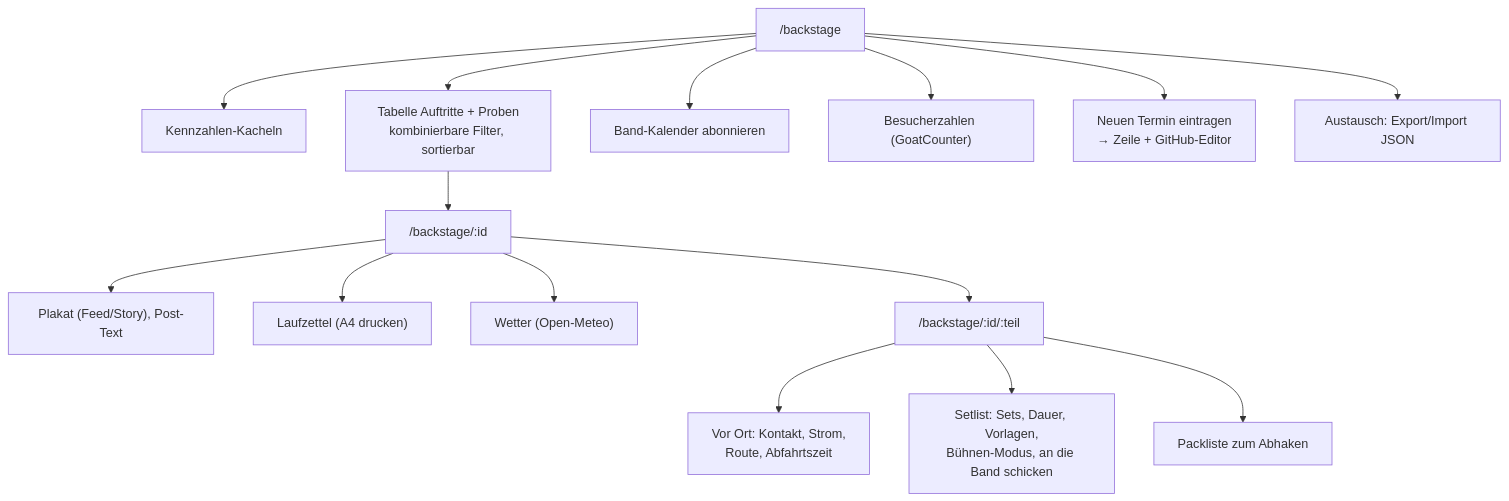
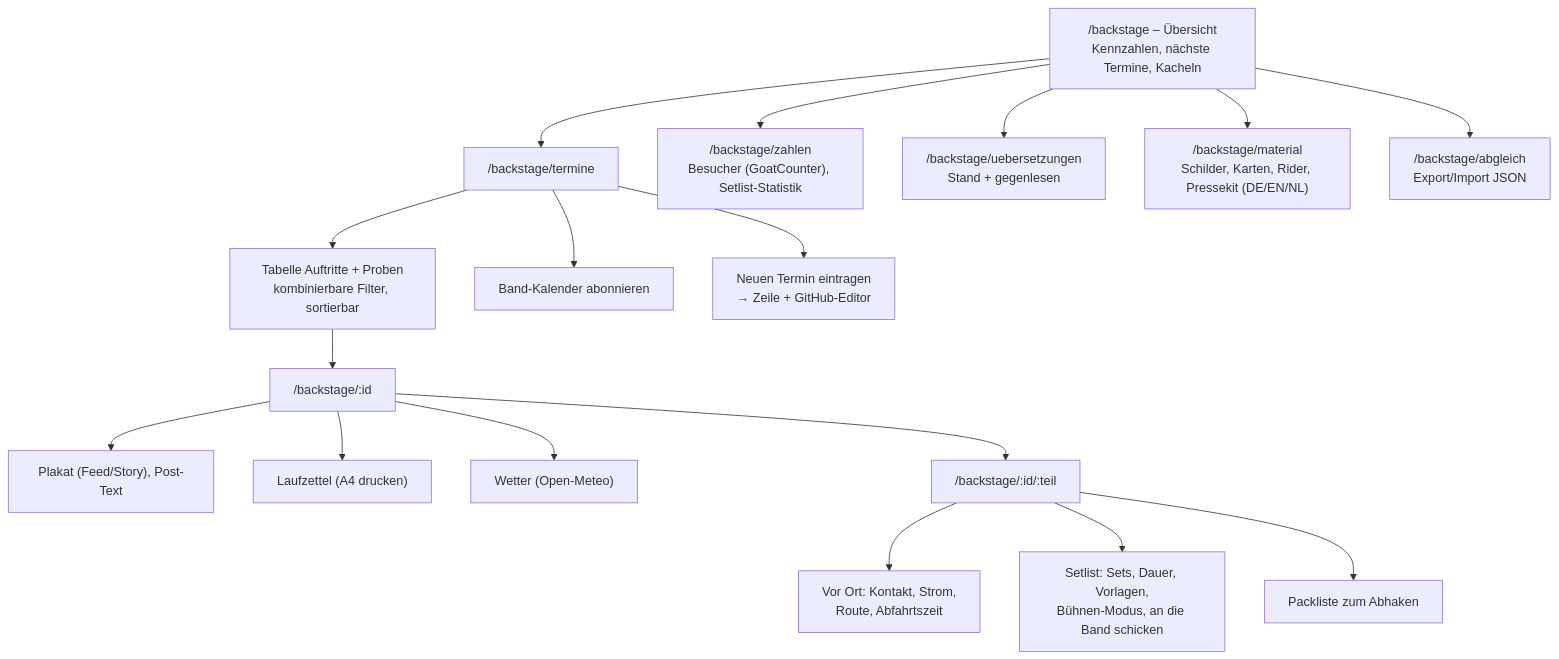
The ninth of 14 diagrams in ARCHITECTURE.md (Jan-Frederic/Blickfeld-Nord), drawn with Mermaid before and after one commit. The commit also changed 17 other files, not shown here.

````diff
--- a/ARCHITECTURE.md
+++ b/ARCHITECTURE.md
@@ -341,18 +341,20 @@
 ```mermaid
 flowchart TB
-  BS["/backstage"] --> ST["Kennzahlen-Kacheln"]
-  BS --> TAB["Tabelle Auftritte + Proben<br/>kombinierbare Filter, sortierbar"]
-  BS --> ABO["Band-Kalender abonnieren"]
-  BS --> VIS["Besucherzahlen (GoatCounter)"]
-  BS --> NEU["Neuen Termin eintragen<br/>→ Zeile + GitHub-Editor"]
-  BS --> SYNC["Austausch: Export/Import JSON"]
+  BS["/backstage – Übersicht<br/>Kennzahlen, nächste Termine, Kacheln"] --> TER["/backstage/termine"]
+  BS --> ZA["/backstage/zahlen<br/>Besucher (GoatCounter), Setlist-Statistik"]
+  BS --> UE["/backstage/uebersetzungen<br/>Stand + gegenlesen"]
+  BS --> MAT["/backstage/material<br/>Schilder, Karten, Rider, Pressekit (DE/EN/NL)"]
+  BS --> SYNC["/backstage/abgleich<br/>Export/Import JSON"]
+  TER --> TAB["Tabelle Auftritte + Proben<br/>kombinierbare Filter, sortierbar"]
+  TER --> ABO["Band-Kalender abonnieren"]
+  TER --> NEU["Neuen Termin eintragen<br/>→ Zeile + GitHub-Editor"]
 
   TAB --> SHOW["/backstage/:id"]
   SHOW --> POS["Plakat (Feed/Story), Post-Text"]
   SHOW --> LZ["Laufzettel (A4 drucken)"]
   SHOW --> WET["Wetter (Open-Meteo)"]
   SHOW --> TOOL["/backstage/:id/:teil"]
   TOOL --> VO["Vor Ort: Kontakt, Strom,<br/>Route, Abfahrtszeit"]
   TOOL --> SL["Setlist: Sets, Dauer, Vorlagen,<br/>Bühnen-Modus, an die Band schicken"]
   TOOL --> PK["Packliste zum Abhaken"]
 ```
````
